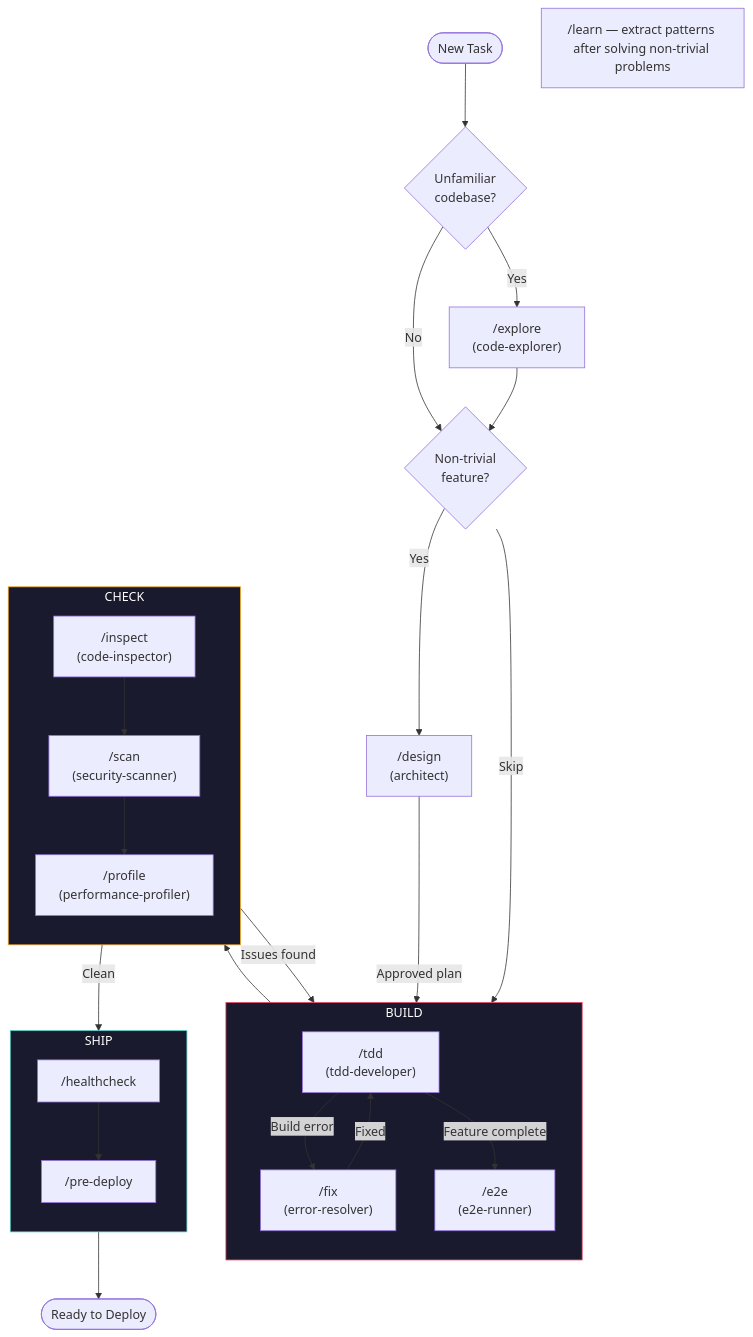
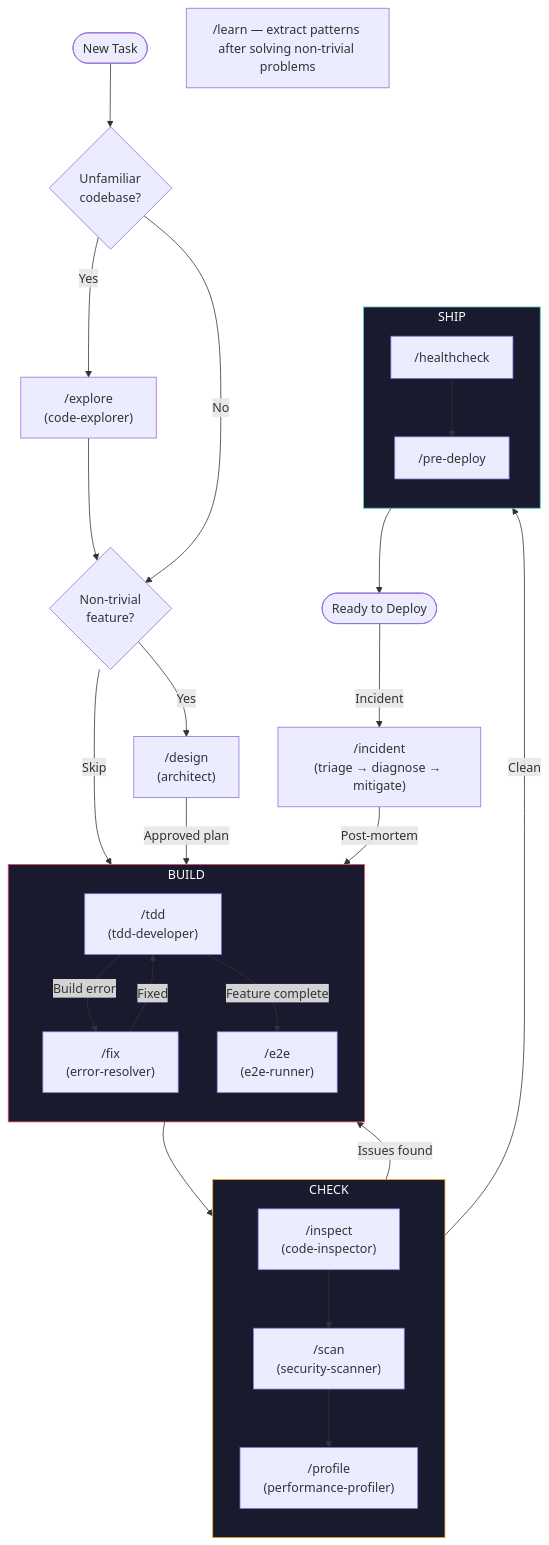
Before and after one commit to codebysantosh-eng/claude-forge-typescript: the diagram in README.md, drawn with Mermaid. The commit also changed other lines of this file and 8 other files, not shown here.

````diff
--- a/README.md
+++ b/README.md
@@ -40,47 +41,49 @@
 ```mermaid
 flowchart TD
     Start([New Task]) --> Explore{Unfamiliar\ncodebase?}
     Explore -->|Yes| CE["/explore\n(code-explorer)"]
     CE --> Design
     Explore -->|No| Design
 
     Design{Non-trivial\nfeature?} -->|Yes| AR["/design\n(architect)"]
     Design -->|Skip| Build
     AR -->|Approved plan| Build
 
     subgraph Build [BUILD]
         direction TB
         TDD["/tdd\n(tdd-developer)"]
         TDD -->|Build error| FIX["/fix\n(error-resolver)"]
         FIX -->|Fixed| TDD
         TDD -->|Feature complete| E2E["/e2e\n(e2e-runner)"]
     end
 
     subgraph Check [CHECK]
         direction TB
         INSPECT["/inspect\n(code-inspector)"]
         SCAN["/scan\n(security-scanner)"]
         PROFILE["/profile\n(performance-profiler)"]
         INSPECT --> SCAN --> PROFILE
     end
 
     Build --> Check
 
     Check -->|Issues found| Build
     Check -->|Clean| Ship
 
     subgraph Ship [SHIP]
         direction TB
         HC["/healthcheck"]
         PD["/pre-deploy"]
         HC --> PD
     end
 
     Ship --> Done([Ready to Deploy])
+    Done -->|Incident| INC["/incident\n(triage → diagnose → mitigate)"]
+    INC -->|Post-mortem| Build
 
     Learn["/learn — extract patterns after solving non-trivial problems"]
 
     style Build fill:#1a1a2e,stroke:#e94560,color:#fff
     style Check fill:#1a1a2e,stroke:#f5a623,color:#fff
     style Ship fill:#1a1a2e,stroke:#4ecdc4,color:#fff
 ```
````
